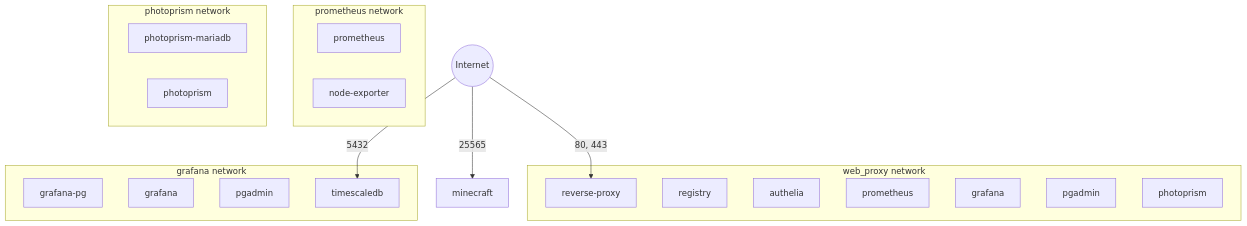
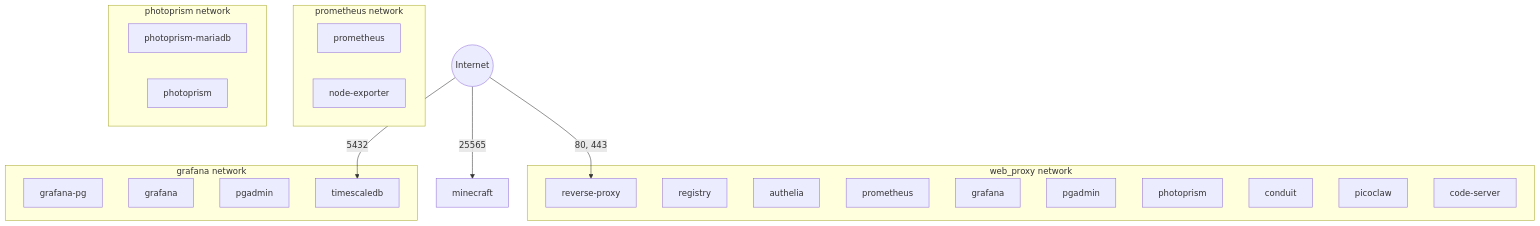
One commit to Waxolunist/ansible-docker-server changed the fourth of 6 diagrams in ARCHITECTURE.md. Above: the diagram before and after it, drawn with Mermaid. The commit also changed other lines of this file and 6 other files, not shown here.

First line of the commit message:
Add code-server IDE at code.v-collaborate.com

````diff
--- a/ARCHITECTURE.md
+++ b/ARCHITECTURE.md
@@ -216,33 +225,36 @@
 ```mermaid
 graph TB
     subgraph proxy_net[web_proxy network]
         RP[reverse-proxy]
         REG[registry]
         AUTH[authelia]
         PROM[prometheus]
         GR[grafana]
         PGA[pgadmin]
         PP[photoprism]
+        CO[conduit]
+        PC[picoclaw]
+        CS[code-server]
     end
 
     subgraph prom_net[prometheus network]
         PROM2[prometheus]
         NE[node-exporter]
     end
 
     subgraph graf_net[grafana network]
         GPG[grafana-pg]
         GR2[grafana]
         PGA2[pgadmin]
         TS[timescaledb]
     end
 
     subgraph photo_net[photoprism network]
         PM[photoprism-mariadb]
         PP2[photoprism]
     end
 
     INTERNET((Internet)) -->|80, 443| RP
     INTERNET -->|25565| MC[minecraft]
     INTERNET -->|5432| TS
 ```
````
